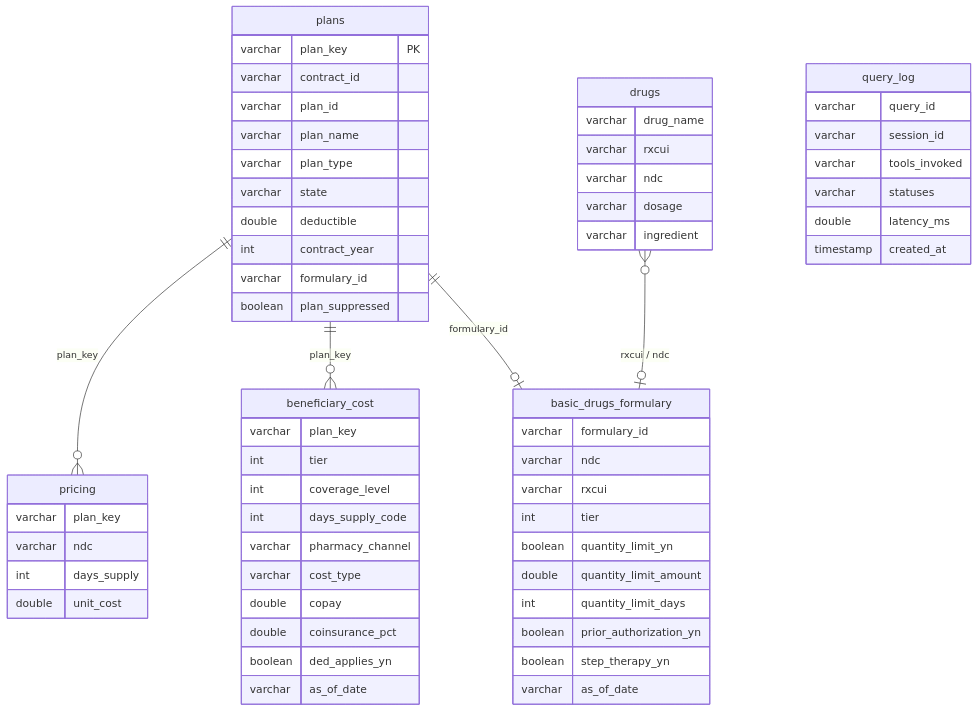
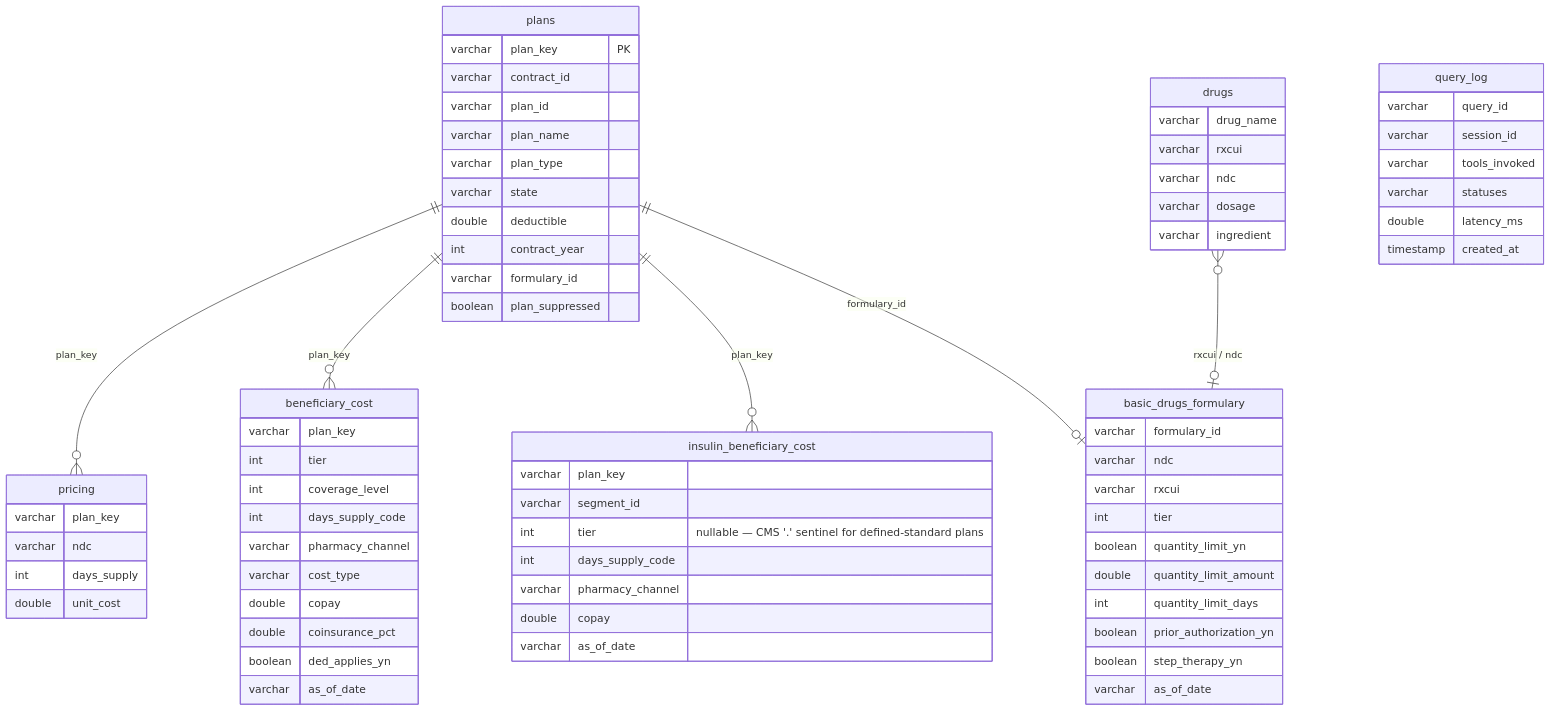
Before and after one commit to SreeCodes2021/Medicare-drug-cost-navigator: the sixth of 11 diagrams in docs/developer-guide.md, drawn with Mermaid. The commit also changed other lines of this file and 55 other files, not shown here.

````diff
--- a/docs/developer-guide.md
+++ b/docs/developer-guide.md
@@ -385,70 +387,81 @@
 ```mermaid
 erDiagram
     plans ||--o{ pricing : "plan_key"
     plans ||--o{ beneficiary_cost : "plan_key"
+    plans ||--o{ insulin_beneficiary_cost : "plan_key"
     plans ||--o| basic_drugs_formulary : "formulary_id"
     drugs }o--o| basic_drugs_formulary : "rxcui / ndc"
 
     plans {
         varchar plan_key PK
         varchar contract_id
         varchar plan_id
         varchar plan_name
         varchar plan_type
         varchar state
         double deductible
         int contract_year
         varchar formulary_id
         boolean plan_suppressed
     }
 
     basic_drugs_formulary {
         varchar formulary_id
         varchar ndc
         varchar rxcui
         int tier
         boolean quantity_limit_yn
         double quantity_limit_amount
         int quantity_limit_days
         boolean prior_authorization_yn
         boolean step_therapy_yn
         varchar as_of_date
     }
 
     pricing {
         varchar plan_key
         varchar ndc
         int days_supply
         double unit_cost
     }
 
     beneficiary_cost {
         varchar plan_key
         int tier
         int coverage_level
         int days_supply_code
         varchar pharmacy_channel
         varchar cost_type
         double copay
         double coinsurance_pct
         boolean ded_applies_yn
         varchar as_of_date
     }
 
+    insulin_beneficiary_cost {
+        varchar plan_key
+        varchar segment_id
+        int tier "nullable — CMS '.' sentinel for defined-standard plans"
+        int days_supply_code
+        varchar pharmacy_channel
+        double copay
+        varchar as_of_date
+    }
+
     drugs {
         varchar drug_name
         varchar rxcui
         varchar ndc
         varchar dosage
         varchar ingredient
     }
 
     query_log {
         varchar query_id
         varchar session_id
         varchar tools_invoked
         varchar statuses
         double latency_ms
         timestamp created_at
     }
 ```
````
